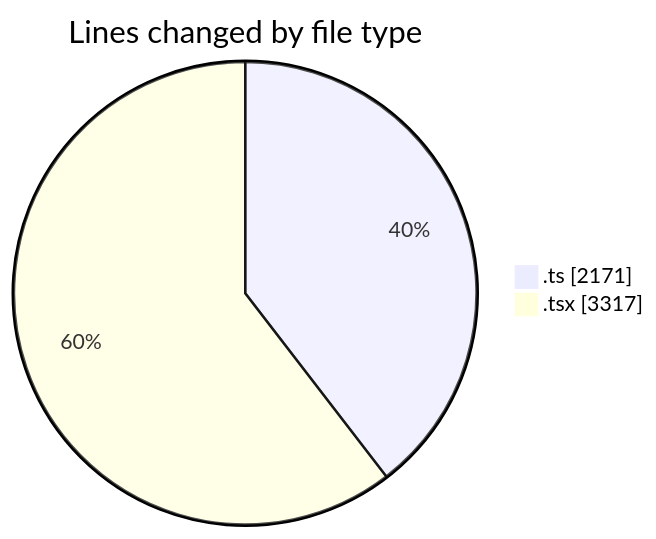
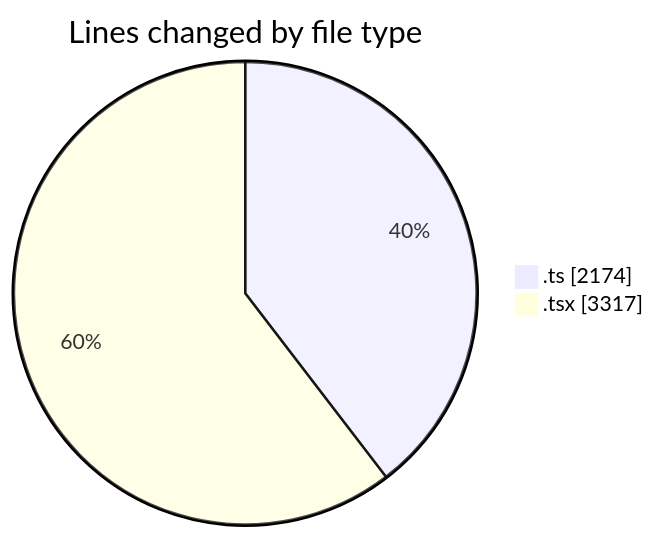
The first of 2 diagrams in 2026-03-12/nxtqube_webapp/README.md (nxtqubesakshisongat/code-tracking), drawn with Mermaid before and after one commit. The commit also changed other lines of this file and 1 other file, not shown here.

````diff
--- a/2026-03-12/nxtqube_webapp/README.md
+++ b/2026-03-12/nxtqube_webapp/README.md
@@ -32,6 +32,6 @@
 ```mermaid
 pie showData
 title Lines changed by file type
-".ts" : 2171
+".ts" : 2174
 ".tsx" : 3317
 ```
````
